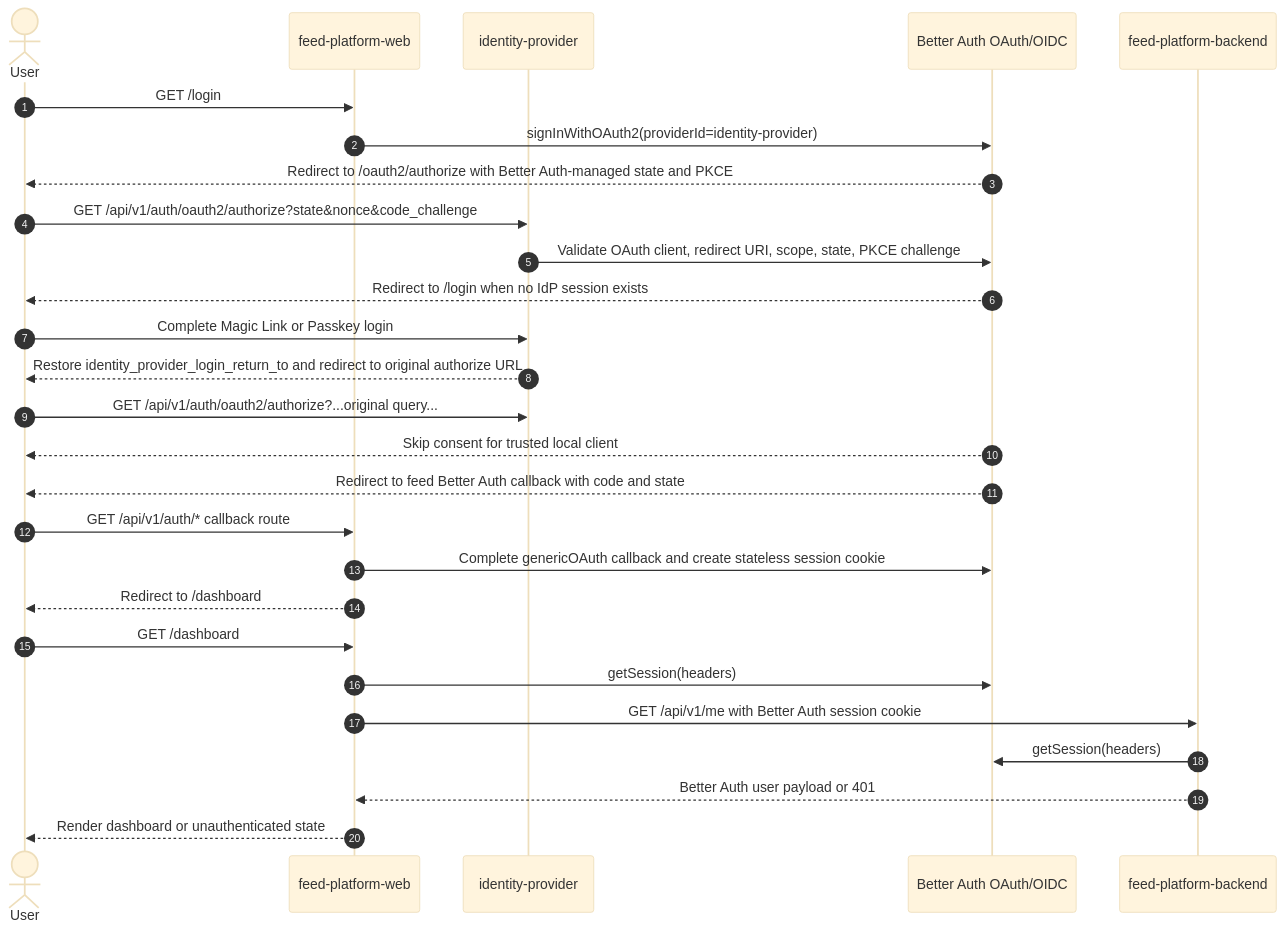
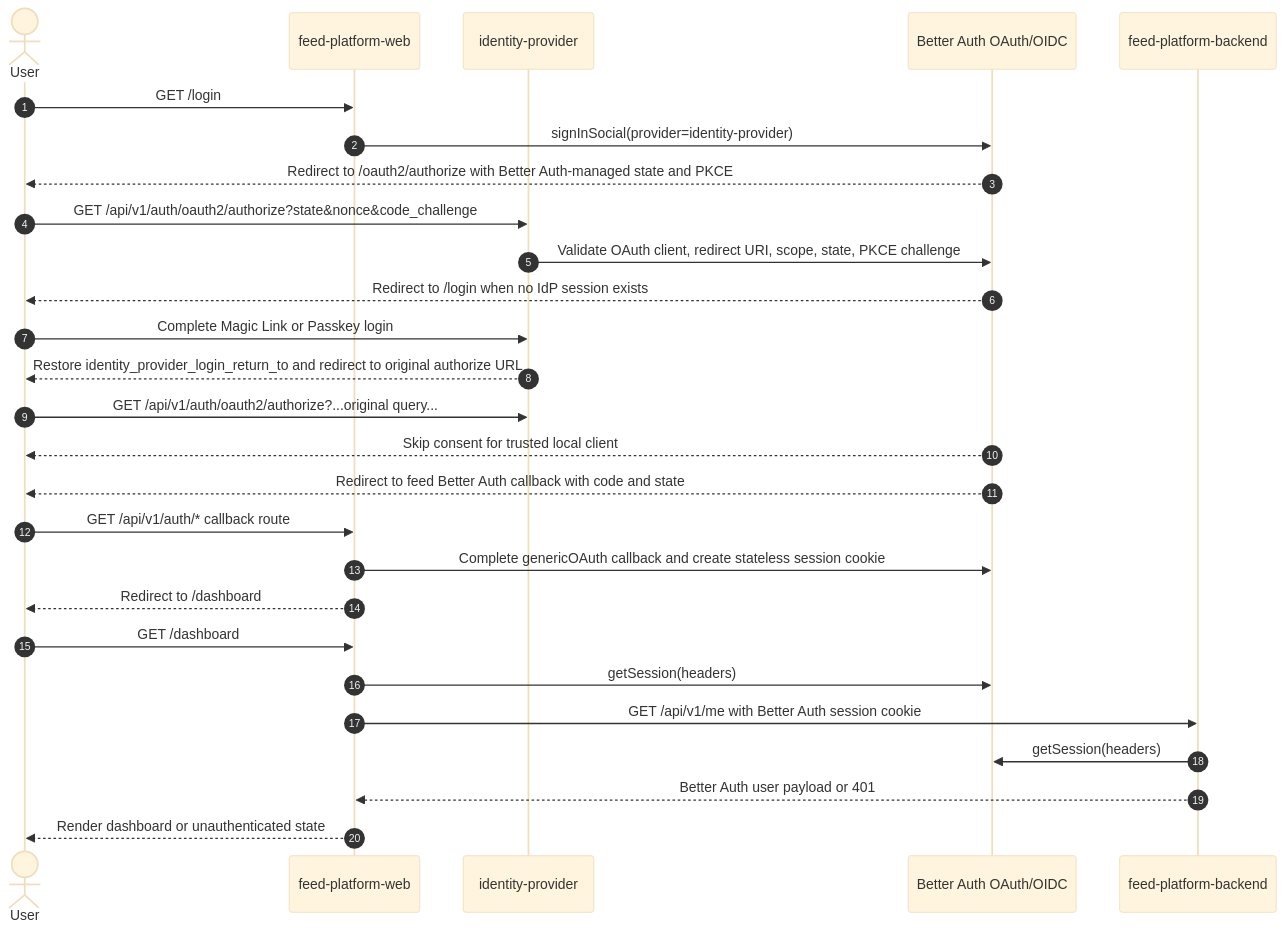
Before and after one commit to totto2727-org/monorepo: the diagram in js/app/identity-provider/docs/auth-flow.md, drawn with Mermaid (base theme). The commit also changed other lines of this file and 45 other files, not shown here.

````diff
--- a/js/app/identity-provider/docs/auth-flow.md
+++ b/js/app/identity-provider/docs/auth-flow.md
@@ -32,30 +32,30 @@
 ```mermaid
 sequenceDiagram
   autonumber
   actor User
   participant Web as feed-platform-web
   participant IdP as identity-provider
   participant BetterAuth as Better Auth OAuth/OIDC
   participant Backend as feed-platform-backend
 
   User->>Web: GET /login
-  Web->>BetterAuth: signInWithOAuth2(providerId=identity-provider)
+  Web->>BetterAuth: signInSocial(provider=identity-provider)
   BetterAuth-->>User: Redirect to /oauth2/authorize with Better Auth-managed state and PKCE
   User->>IdP: GET /api/v1/auth/oauth2/authorize?state&nonce&code_challenge
   IdP->>BetterAuth: Validate OAuth client, redirect URI, scope, state, PKCE challenge
   BetterAuth-->>User: Redirect to /login when no IdP session exists
   User->>IdP: Complete Magic Link or Passkey login
   IdP-->>User: Restore identity_provider_login_return_to and redirect to original authorize URL
   User->>IdP: GET /api/v1/auth/oauth2/authorize?...original query...
   BetterAuth-->>User: Skip consent for trusted local client
   BetterAuth-->>User: Redirect to feed Better Auth callback with code and state
   User->>Web: GET /api/v1/auth/* callback route
   Web->>BetterAuth: Complete genericOAuth callback and create stateless session cookie
   Web-->>User: Redirect to /dashboard
   User->>Web: GET /dashboard
   Web->>BetterAuth: getSession(headers)
   Web->>Backend: GET /api/v1/me with Better Auth session cookie
   Backend->>BetterAuth: getSession(headers)
   Backend-->>Web: Better Auth user payload or 401
   Web-->>User: Render dashboard or unauthenticated state
 ```
````
